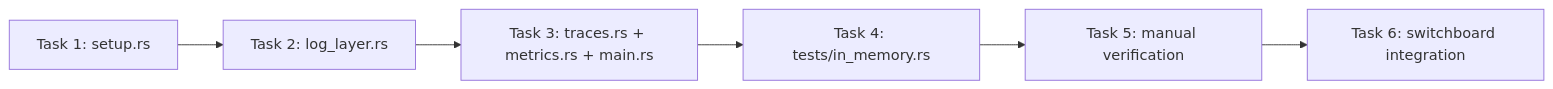
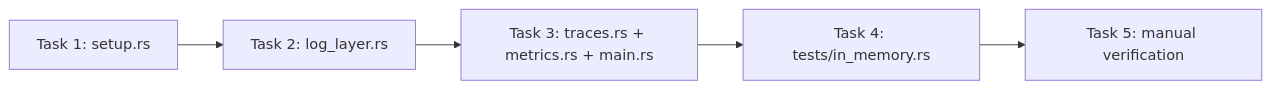
Before and after one commit to throwparty/agentkit: the diagram in adrs/2026-07-15-otel-impl/tasks.md, drawn with Mermaid. The commit also changed other lines of this file and 9 other files, not shown here.

````diff
--- a/adrs/2026-07-15-otel-impl/tasks.md
+++ b/adrs/2026-07-15-otel-impl/tasks.md
@@ -220,11 +182,10 @@
 ```mermaid
 flowchart LR
     setupRs[Task 1: setup.rs]
     logLayer[Task 2: log_layer.rs]
     tracesMetricsMain[Task 3: traces.rs + metrics.rs + main.rs]
     tests[Task 4: tests/in_memory.rs]
     verification[Task 5: manual verification]
-    switchboard[Task 6: switchboard integration]
 
-    setupRs --> logLayer --> tracesMetricsMain --> tests --> verification --> switchboard
+    setupRs --> logLayer --> tracesMetricsMain --> tests --> verification
 ```
````
